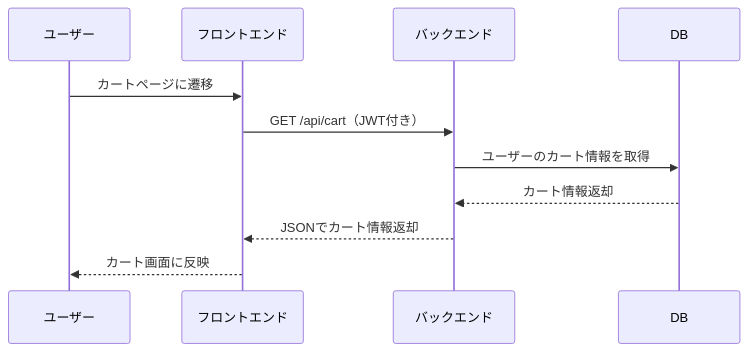
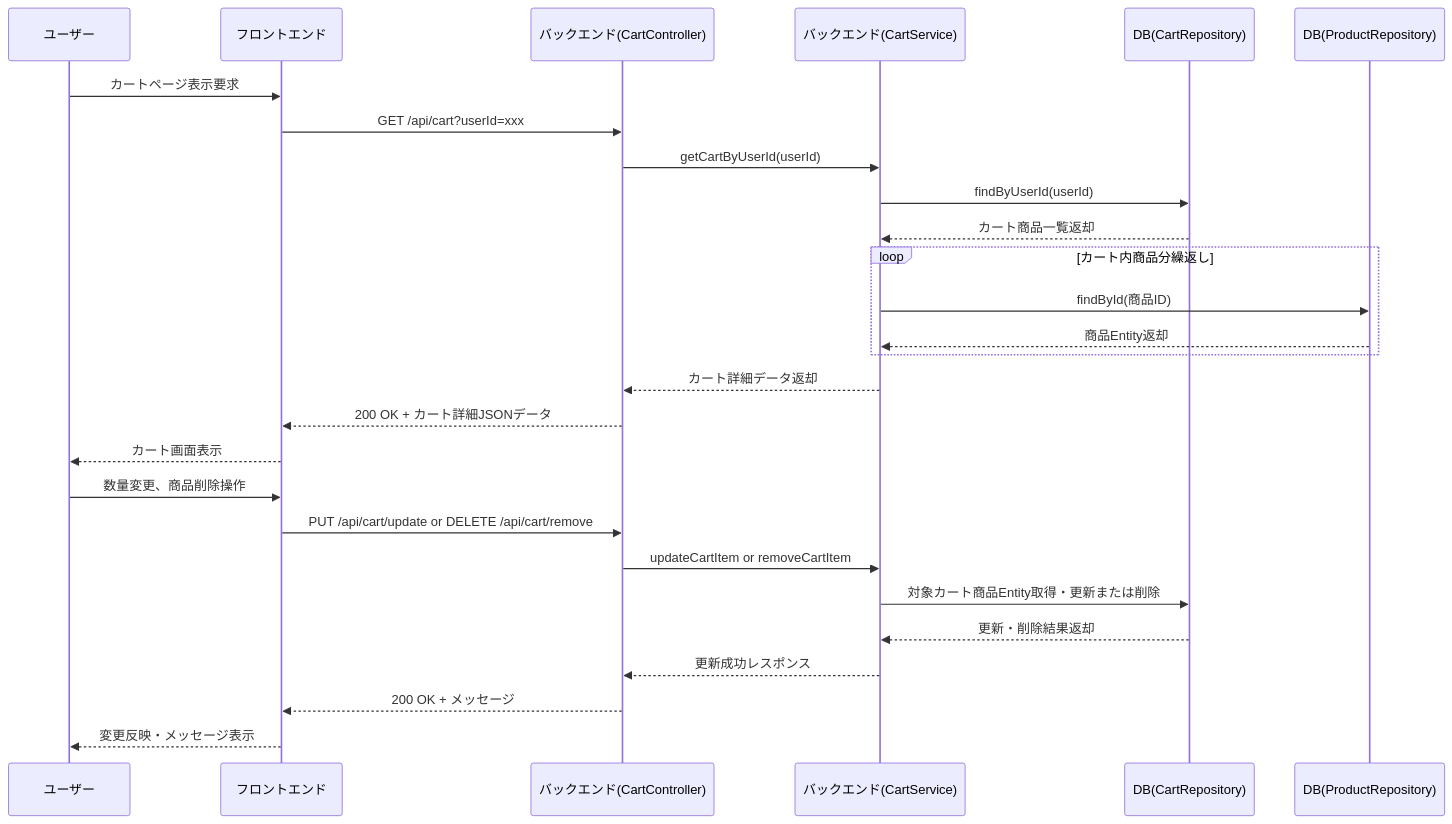
The second of 8 diagrams in 詳細設計/B1.md (YUKlT0/Equipe), drawn with Mermaid before and after one commit. The commit also changed other lines of this file, not shown here.

```diff
--- a/詳細設計/B1.md
+++ b/詳細設計/B1.md
@@ -197,16 +250,33 @@
 <div class="mermaid">
 
 sequenceDiagram
 participant ユーザー
 participant フロントエンド
-participant バックエンド
-participant DB
+participant CartController as バックエンド(CartController)
+participant CartService as バックエンド(CartService)
+participant CartRepository as DB(CartRepository)
+participant ProductRepository as DB(ProductRepository)
 
-ユーザー ->> フロントエンド: カートページに遷移
-フロントエンド ->> バックエンド: GET /api/cart（JWT付き）
-バックエンド ->> DB: ユーザーのカート情報を取得
-DB -->> バックエンド: カート情報返却
-バックエンド -->> フロントエンド: JSONでカート情報返却
-フロントエンド -->> ユーザー: カート画面に反映
+ユーザー ->> フロントエンド: カートページ表示要求
+フロントエンド ->> CartController: GET /api/cart?userId=xxx
+CartController ->> CartService: getCartByUserId(userId)
+CartService ->> CartRepository: findByUserId(userId)
+CartRepository -->> CartService: カート商品一覧返却
+loop カート内商品分繰返し
+    CartService ->> ProductRepository: findById(商品ID)
+    ProductRepository -->> CartService: 商品Entity返却
+end
+CartService -->> CartController: カート詳細データ返却
+CartController -->> フロントエンド: 200 OK + カート詳細JSONデータ
+フロントエンド -->> ユーザー: カート画面表示
+
+ユーザー ->> フロントエンド: 数量変更、商品削除操作
+フロントエンド ->> CartController: PUT /api/cart/update or DELETE /api/cart/remove
+CartController ->> CartService: updateCartItem or removeCartItem
+CartService ->> CartRepository: 対象カート商品Entity取得・更新または削除
+CartRepository -->> CartService: 更新・削除結果返却
+CartService -->> CartController: 更新成功レスポンス
+CartController -->> フロントエンド: 200 OK + メッセージ
+フロントエンド -->> ユーザー: 変更反映・メッセージ表示
 
 </div>
```
